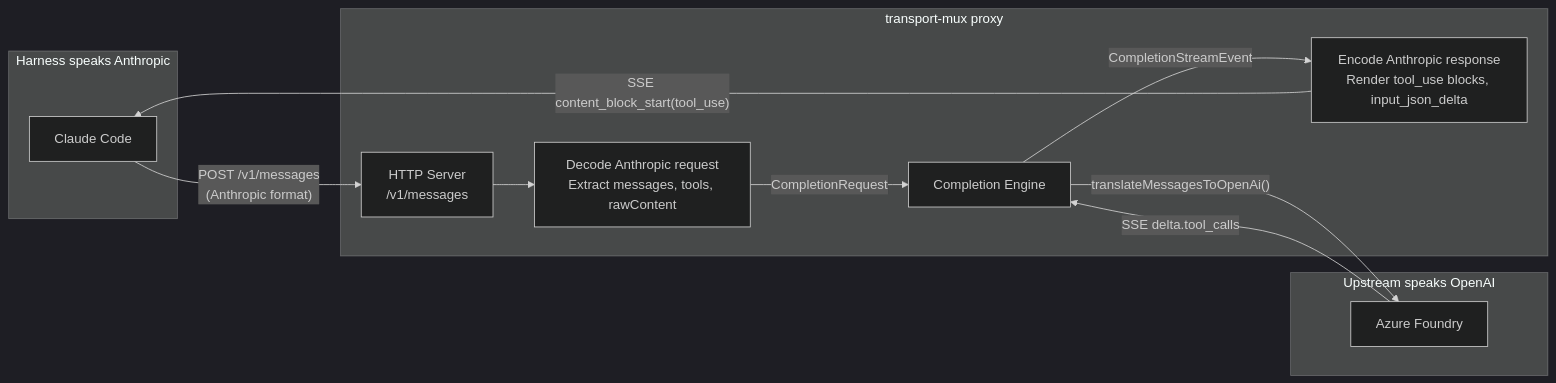
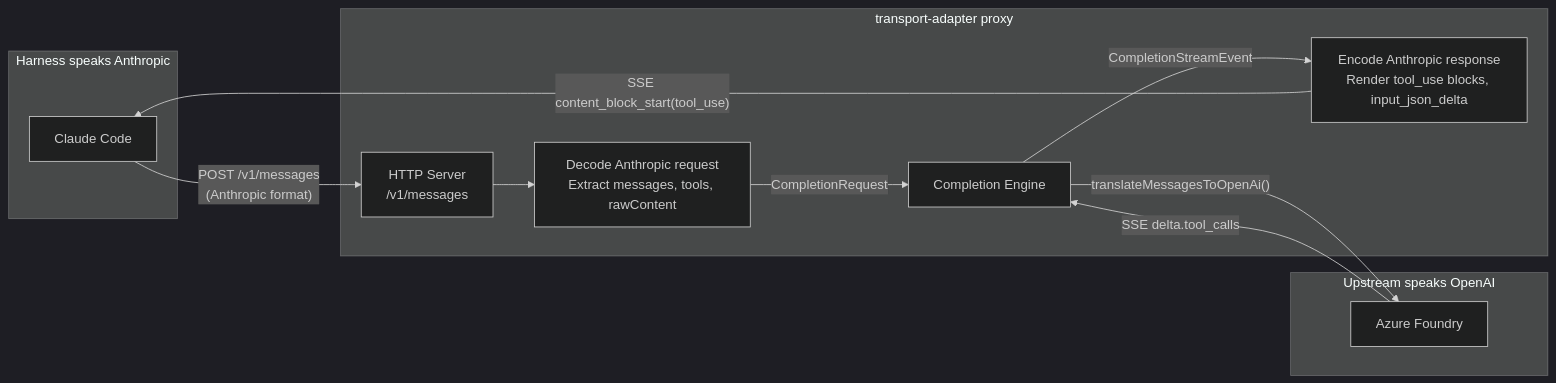
The third of 16 diagrams in docs/development/03-babysitter-plugin-flows.md (danielkman/babysitter), drawn with Mermaid (dark theme) before and after one commit. The commit also changed other lines of this file and 682 other files, not shown here.

First line of the commit message:
refactor: eliminate -mux terminology from source — use -adapter

````diff
--- a/docs/development/03-babysitter-plugin-flows.md
+++ b/docs/development/03-babysitter-plugin-flows.md
@@ -101,25 +101,25 @@
 ```mermaid
 graph LR
     subgraph "Harness speaks Anthropic"
         CC["Claude Code"]
     end
 
-    subgraph "transport-mux proxy"
+    subgraph "transport-adapter proxy"
         SERVER["HTTP Server<br/>/v1/messages"]
         DECODE["Decode Anthropic request<br/>Extract messages, tools, rawContent"]
         ENGINE["Completion Engine"]
         ENCODE["Encode Anthropic response<br/>Render tool_use blocks, input_json_delta"]
     end
 
     subgraph "Upstream speaks OpenAI"
         FOUNDRY["Azure Foundry"]
     end
 
     CC -->|"POST /v1/messages<br/>(Anthropic format)"| SERVER
     SERVER --> DECODE
     DECODE -->|"CompletionRequest"| ENGINE
     ENGINE -->|"translateMessagesToOpenAi()"| FOUNDRY
     FOUNDRY -->|"SSE delta.tool_calls"| ENGINE
     ENGINE -->|"CompletionStreamEvent"| ENCODE
     ENCODE -->|"SSE content_block_start(tool_use)"| CC
 ```
````
